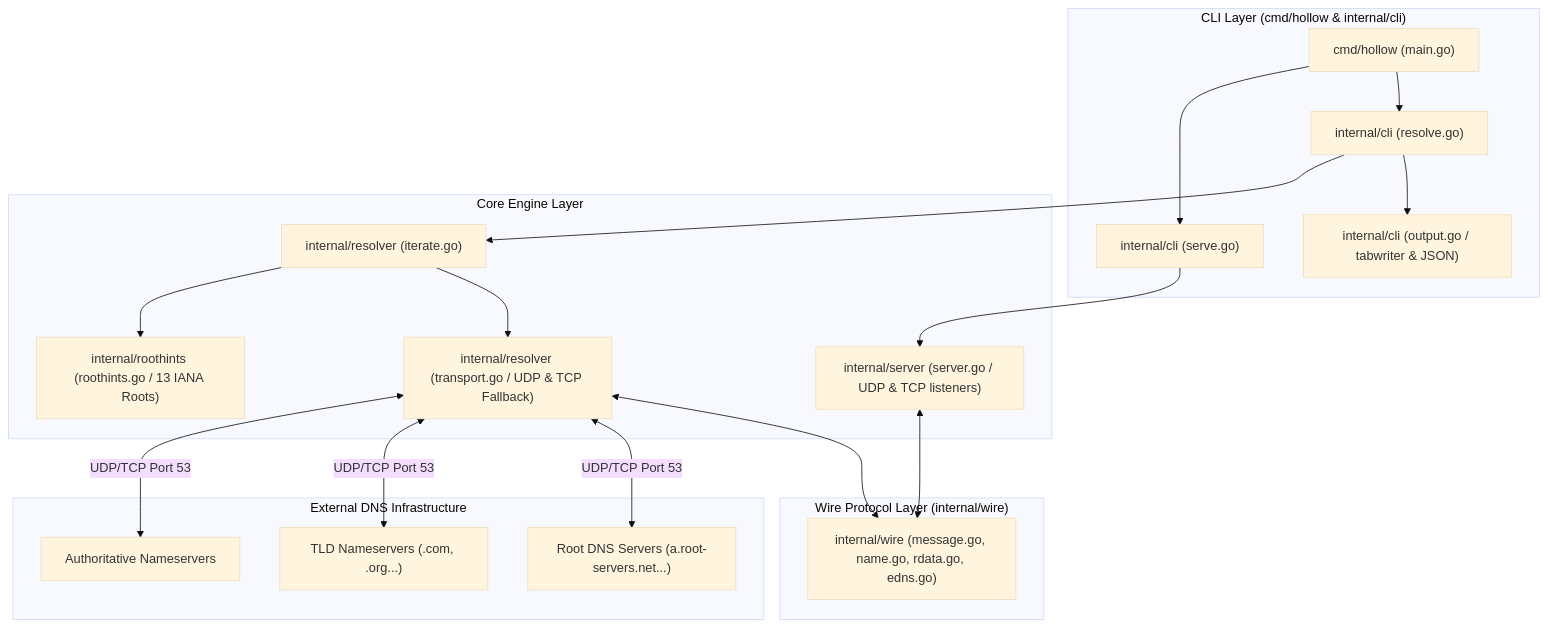
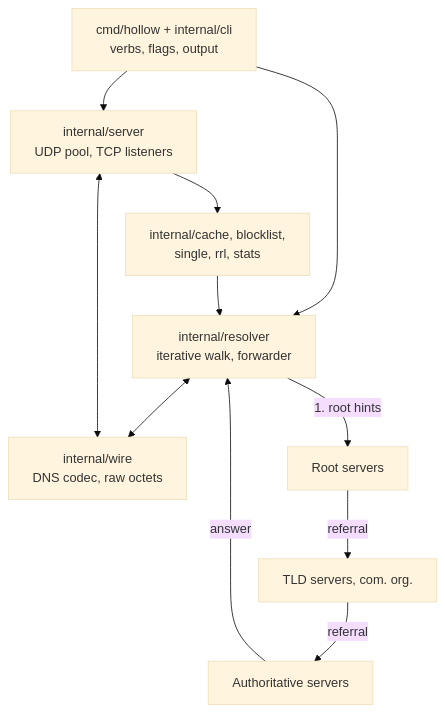
Before and after one commit to DevInIndia/hollow: the diagram in README.md, drawn with Mermaid (base theme). The commit also changed other lines of this file and 10 other files, not shown here.

````diff
--- a/README.md
+++ b/README.md
@@ -152,26 +148,20 @@
 ```mermaid
 graph TD
-    subgraph CLI ["CLI Layer (cmd/hollow & internal/cli)"]
-        MAIN["cmd/hollow (main.go)"] --> CLI_RESOLVE["internal/cli (resolve.go)"]
-        MAIN --> CLI_SERVE["internal/cli (serve.go)"]
-        CLI_RESOLVE --> FMT["internal/cli (output.go / tabwriter & JSON)"]
-    end
+    CLI["cmd/hollow + internal/cli<br/>verbs, flags, output"]
+    SERVER["internal/server<br/>UDP pool, TCP listeners"]
+    FILTER["internal/cache, blocklist,<br/>single, rrl, stats"]
+    RESOLVER["internal/resolver<br/>iterative walk, forwarder"]
+    WIRE["internal/wire<br/>DNS codec, raw octets"]
 
-    subgraph CORE ["Core Engine Layer"]
-        CLI_RESOLVE --> RESOLVER["internal/resolver (iterate.go)"]
-        CLI_SERVE --> SERVER["internal/server (server.go / UDP & TCP listeners)"]
-        RESOLVER --> TRANSPORT["internal/resolver (transport.go / UDP & TCP Fallback)"]
-        RESOLVER --> HINTS["internal/roothints (roothints.go / 13 IANA Roots)"]
-    end
+    CLI --> SERVER
+    CLI --> RESOLVER
+    SERVER --> FILTER
+    FILTER --> RESOLVER
+    RESOLVER <--> WIRE
+    SERVER <--> WIRE
 
-    subgraph WIRE ["Wire Protocol Layer (internal/wire)"]
-        TRANSPORT <--> CODEC["internal/wire (message.go, name.go, rdata.go, edns.go)"]
-        SERVER <--> CODEC
-    end
-
-    subgraph NETWORK ["External DNS Infrastructure"]
-        TRANSPORT <-->|UDP/TCP Port 53| ROOT["Root DNS Servers (a.root-servers.net...)"]
-        TRANSPORT <-->|UDP/TCP Port 53| TLD["TLD Nameservers (.com, .org...)"]
-        TRANSPORT <-->|UDP/TCP Port 53| AUTH["Authoritative Nameservers"]
-    end
+    RESOLVER -->|1. root hints| ROOT["Root servers"]
+    ROOT -->|referral| TLD["TLD servers, com. org."]
+    TLD -->|referral| AUTH["Authoritative servers"]
+    AUTH -->|answer| RESOLVER
 ```
````
